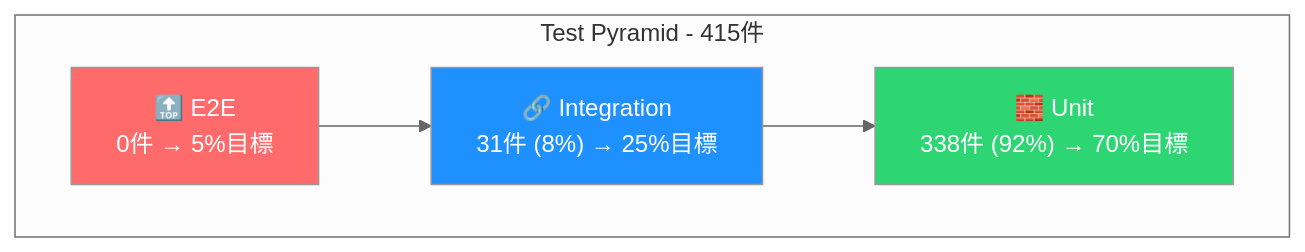
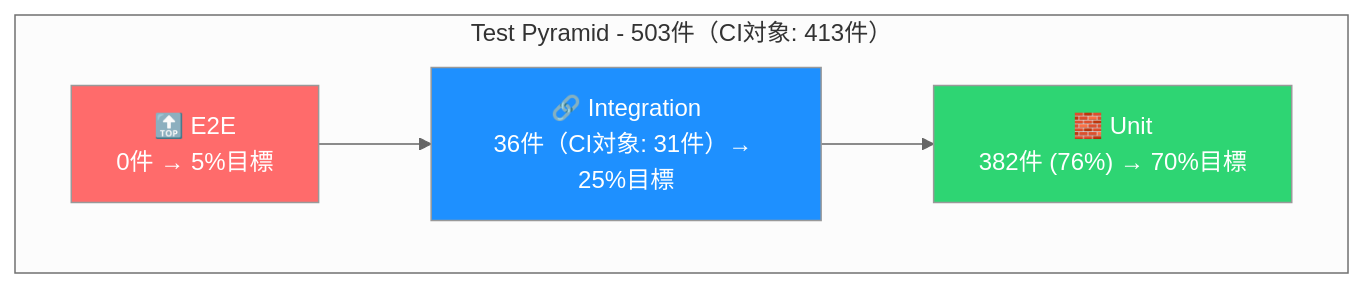
Before and after one commit to yaoki-dev/api-test-devops-portfolio: the second of 3 diagrams in README.md, drawn with Mermaid (neutral theme). The commit also changed other lines of this file and 22 other files, not shown here.

````diff
--- a/README.md
+++ b/README.md
@@ -269,13 +292,13 @@
 ```mermaid
 graph TB
-    subgraph "Test Pyramid - 415件"
+    subgraph "Test Pyramid - 503件（CI対象: 413件）"
         E2E["🔝 E2E<br/>0件 → 5%目標"]
-        Integration["🔗 Integration<br/>31件 (8%) → 25%目標"]
-        Unit["🧱 Unit<br/>338件 (92%) → 70%目標"]
+        Integration["🔗 Integration<br/>36件（CI対象: 31件）→ 25%目標"]
+        Unit["🧱 Unit<br/>382件 (76%) → 70%目標"]
     end
     E2E --> Integration --> Unit
 
     style E2E fill:#ff6b6b,color:#fff
     style Integration fill:#1e90ff,color:#fff
     style Unit fill:#2ed573,color:#fff
 ```
````
